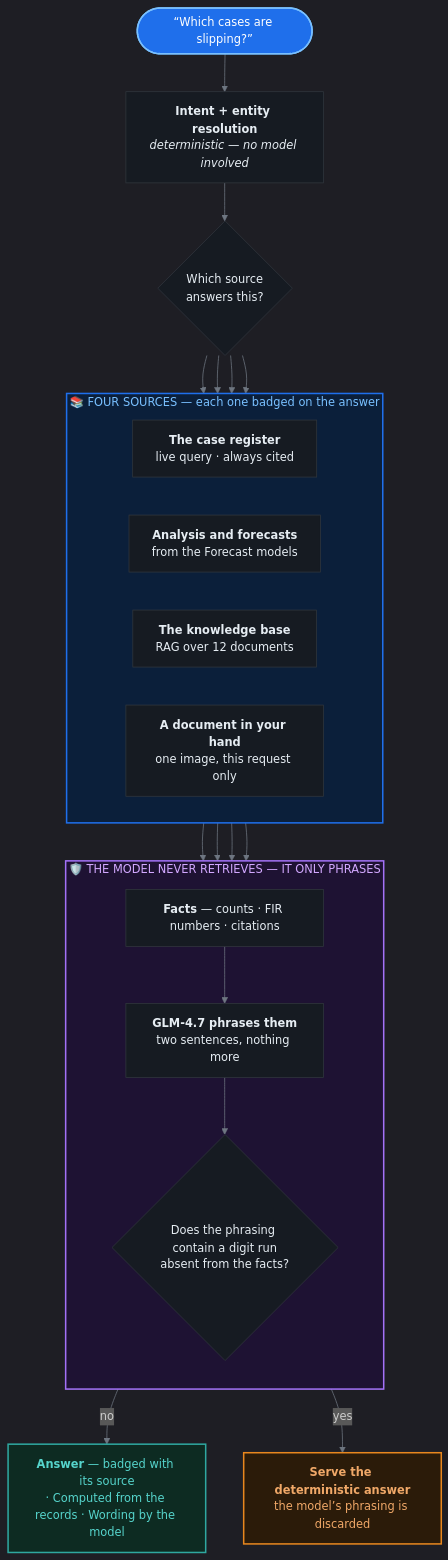
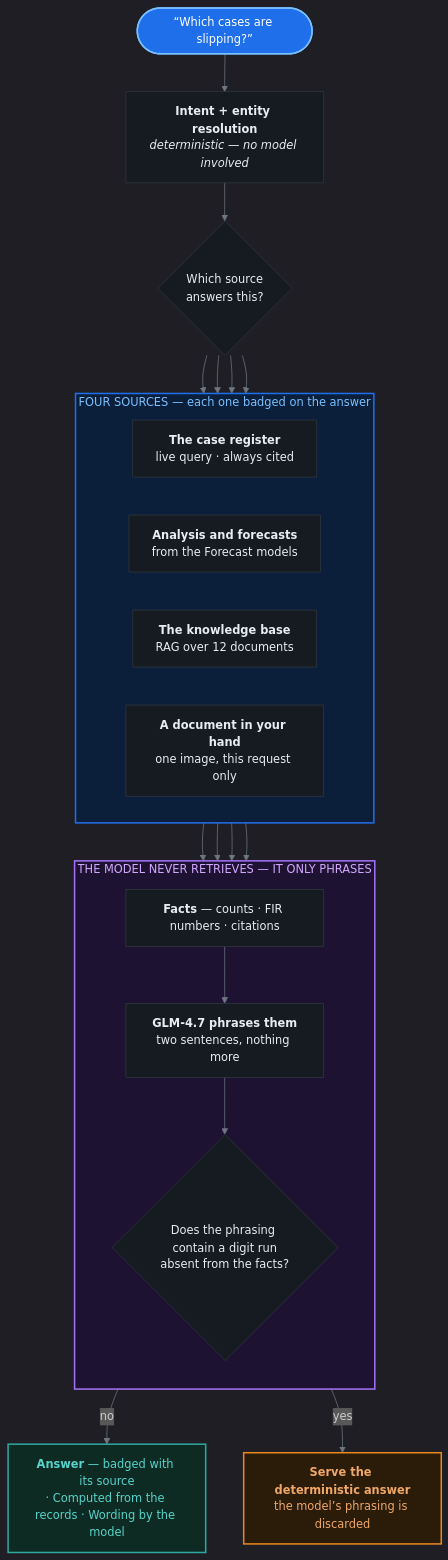
The second of 6 diagrams in README.md (adarshcod30/Kadi), drawn with Mermaid before and after one commit. The commit also changed other lines of this file, not shown here.

First line of the commit message:
Drop the emoji from the diagrams

````diff
--- a/README.md
+++ b/README.md
@@ -318,44 +318,44 @@
 ```mermaid
 %%{init: {'theme':'dark','themeVariables':{'fontSize':'15px','lineColor':'#6e7681','primaryTextColor':'#e6edf3'}}}%%
 flowchart TD
     Q(["“Which cases are slipping?”"])
     I["<b>Intent + entity resolution</b><br/><i>deterministic — no model involved</i>"]
     R{"Which source<br/>answers this?"}
 
-    subgraph SRC["📚  FOUR SOURCES — each one badged on the answer"]
+    subgraph SRC["FOUR SOURCES — each one badged on the answer"]
         direction LR
         A["<b>The case register</b><br/>live query · always cited"]
         B["<b>Analysis and forecasts</b><br/>from the Forecast models"]
         C["<b>The knowledge base</b><br/>RAG over 12 documents"]
         D["<b>A document in your hand</b><br/>one image, this request only"]
     end
 
-    subgraph GUARD["🛡️  THE MODEL NEVER RETRIEVES — IT ONLY PHRASES"]
+    subgraph GUARD["THE MODEL NEVER RETRIEVES — IT ONLY PHRASES"]
         direction TB
         F["<b>Facts</b> — counts · FIR numbers · citations"]
         P["<b>GLM-4.7 phrases them</b><br/>two sentences, nothing more"]
         G{"Does the phrasing contain a digit run<br/>absent from the facts?"}
         F --> P --> G
     end
 
     OUT["<b>Answer</b> — badged with its source<br/>· Computed from the records · Wording by the model"]
     FALL["<b>Serve the deterministic answer</b><br/>the model’s phrasing is discarded"]
 
     Q --> I --> R
     R --> A & B & C & D
     A & B & C & D --> F
     G -->|no| OUT
     G -->|yes| FALL
 
     classDef box   fill:#161b22,stroke:#30363d,stroke-width:1px,color:#e6edf3
     classDef good  fill:#0d2b22,stroke:#2FA8A0,stroke-width:2px,color:#56d4cc
     classDef warn  fill:#2b1b09,stroke:#E8871E,stroke-width:2px,color:#f0a868
     classDef actor fill:#1f6feb,stroke:#79c0ff,stroke-width:2px,color:#ffffff
     class I,R,A,B,C,D,F,P,G box
     class OUT good
     class FALL warn
     class Q actor
 
     style SRC   fill:#0b1f3a,stroke:#1f6feb,stroke-width:2px,color:#79c0ff
     style GUARD fill:#1e1233,stroke:#a371f7,stroke-width:2px,color:#d2a8ff
 ```
````
